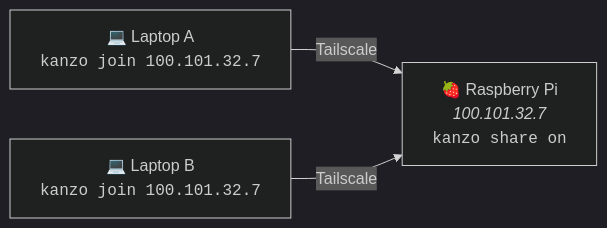
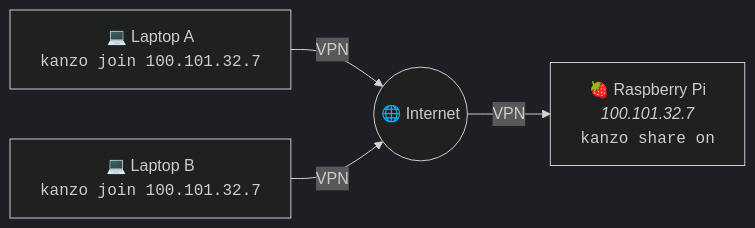
One commit to emanuele-em/kanzo changed the third of 3 diagrams in README.md. Above: the diagram before and after it, drawn with Mermaid (dark theme). The commit also changed other lines of this file, not shown here.

First line of the commit message:
Show the internet in the remote sharing diagram

````diff
--- a/README.md
+++ b/README.md
@@ -116,5 +118,6 @@
 ```mermaid
 flowchart LR
-  A["💻 Laptop A<br><code>kanzo#nbsp;join#nbsp;100.101.32.7</code>"] -- Tailscale --> pi["🍓 Raspberry Pi<br><i>100.101.32.7</i><br><code>kanzo#nbsp;share#nbsp;on</code>"]
-  B["💻 Laptop B<br><code>kanzo#nbsp;join#nbsp;100.101.32.7</code>"] -- Tailscale --> pi
+  A["💻 Laptop A<br><code>kanzo#nbsp;join#nbsp;100.101.32.7</code>"] -- VPN --> net(("🌐 Internet"))
+  B["💻 Laptop B<br><code>kanzo#nbsp;join#nbsp;100.101.32.7</code>"] -- VPN --> net
+  net -- VPN --> pi["🍓 Raspberry Pi<br><i>100.101.32.7</i><br><code>kanzo#nbsp;share#nbsp;on</code>"]
 ```
````
